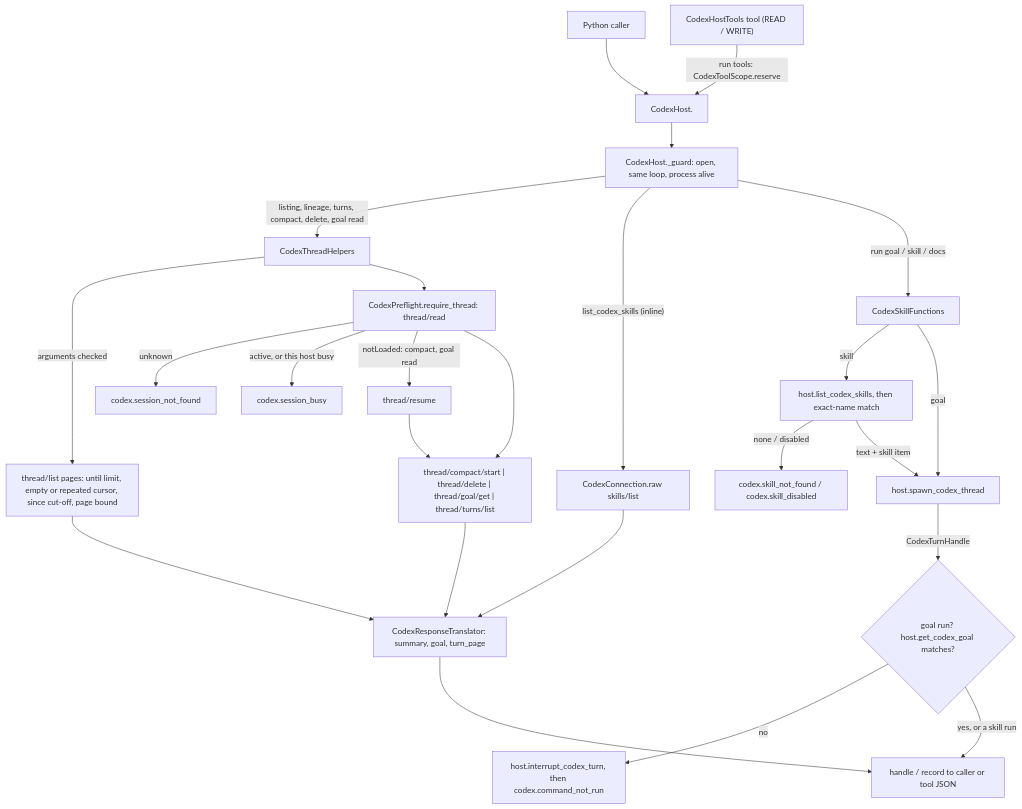
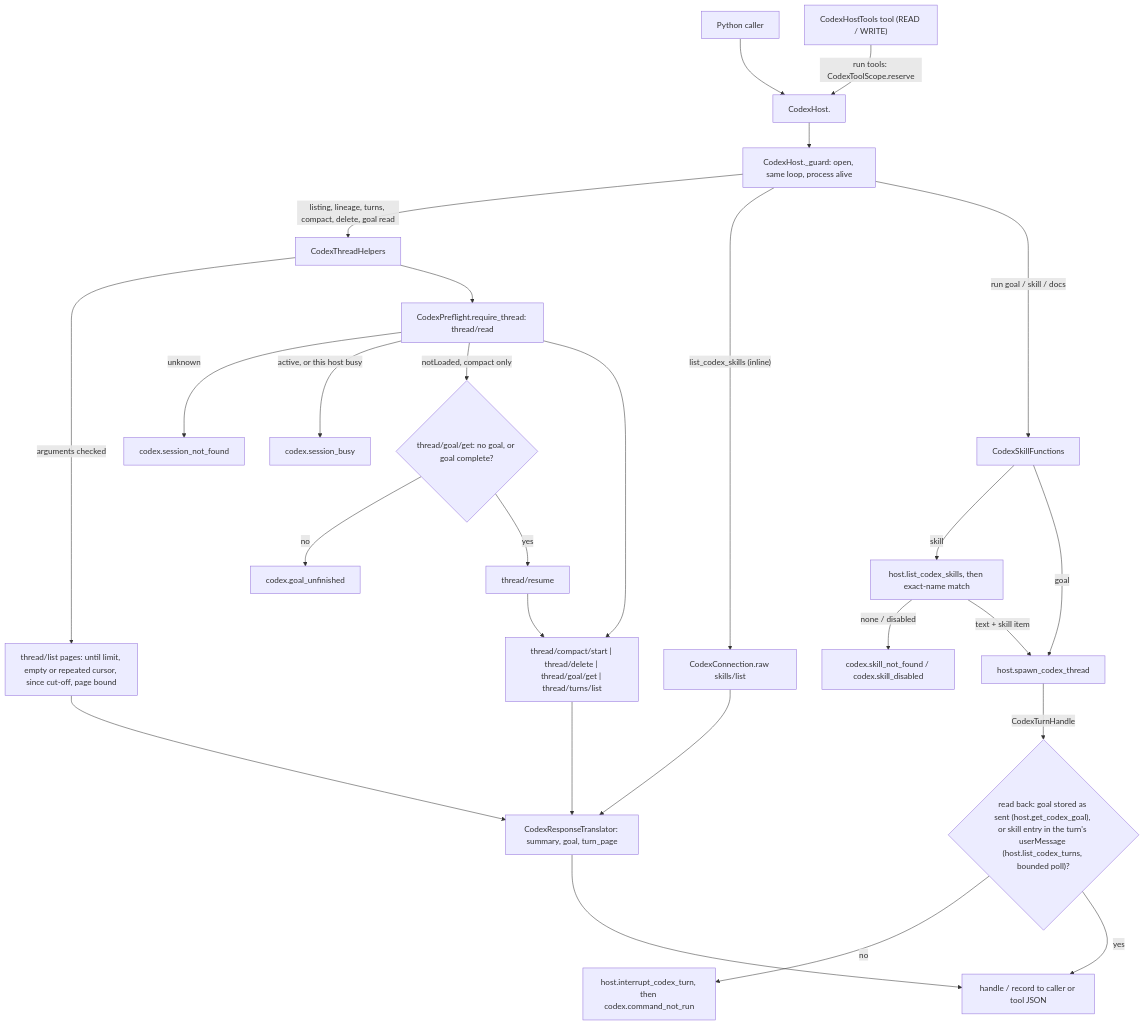
The first of 2 diagrams in docs/spec/codex-host-thread-helpers/spec.md (cerredz/Vidbyte-SDK), drawn with Mermaid before and after one commit. The commit also changed other lines of this file, not shown here.

First line of the commit message:
docs(spec): revise codex-host-thread-helpers spec r2 (review round 1)

````diff
--- a/docs/spec/codex-host-thread-helpers/spec.md
+++ b/docs/spec/codex-host-thread-helpers/spec.md
@@ -132,27 +132,29 @@
 ```mermaid
 flowchart TD
   P["Python caller"] --> H["CodexHost.<new method>"]
   T["CodexHostTools tool (READ / WRITE)"] -->|"run tools: CodexToolScope.reserve"| H
   H --> G["CodexHost._guard: open, same loop, process alive"]
   G -->|"listing, lineage, turns, compact, delete, goal read"| TH["CodexThreadHelpers"]
   G -->|"list_codex_skills (inline)"| SL["CodexConnection.raw skills/list"]
   G -->|"run goal / skill / docs"| SF["CodexSkillFunctions"]
   TH -->|"arguments checked"| W["thread/list pages: until limit, empty or repeated cursor, since cut-off, page bound"]
   TH --> RT["CodexPreflight.require_thread: thread/read"]
   RT -->|"unknown"| NF["codex.session_not_found"]
   RT -->|"active, or this host busy"| BZ["codex.session_busy"]
-  RT -->|"notLoaded: compact, goal read"| RS["thread/resume"]
+  RT -->|"notLoaded, compact only"| GC{"thread/goal/get: no goal, or goal complete?"}
+  GC -->|"no"| GU["codex.goal_unfinished"]
+  GC -->|"yes"| RS["thread/resume"]
   RT --> M["thread/compact/start | thread/delete | thread/goal/get | thread/turns/list"]
   RS --> M
   W --> TR["CodexResponseTranslator: summary, goal, turn_page"]
   M --> TR
   SL --> TR
   SF -->|"skill"| LS["host.list_codex_skills, then exact-name match"]
   LS -->|"none / disabled"| SK["codex.skill_not_found / codex.skill_disabled"]
   LS -->|"text + skill item"| SP["host.spawn_codex_thread"]
   SF -->|"goal"| SP
-  SP -->|"CodexTurnHandle"| CK{"goal run? host.get_codex_goal matches?"}
+  SP -->|"CodexTurnHandle"| CK{"read back: goal stored as sent (host.get_codex_goal), or skill entry in the turn's userMessage (host.list_codex_turns, bounded poll)?"}
   CK -->|"no"| CN["host.interrupt_codex_turn, then codex.command_not_run"]
-  CK -->|"yes, or a skill run"| OUT["handle / record to caller or tool JSON"]
+  CK -->|"yes"| OUT["handle / record to caller or tool JSON"]
   TR --> OUT
 ```
````
